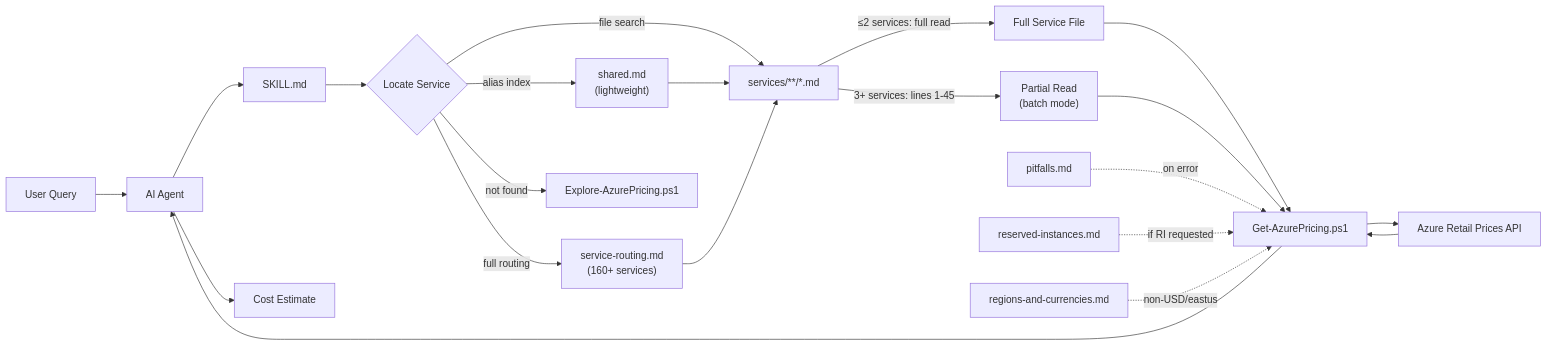
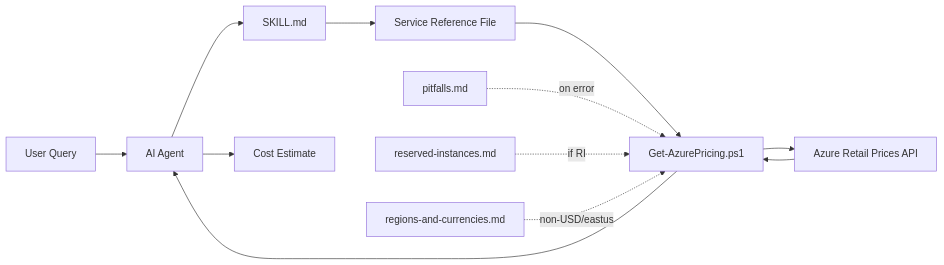
One commit to ahmadabdalla/azure-cost-calculator changed the diagram in README.md. Above: the diagram before and after it, drawn with Mermaid. The commit also changed other lines of this file and 3 other files, not shown here.

````diff
--- a/README.md
+++ b/README.md
@@ -104,24 +33,15 @@
 ```mermaid
 flowchart LR
     A[User Query] --> B[AI Agent]
     B --> C[SKILL.md]
-    C --> D{Locate Service}
-    D -->|file search| E["services/**/*.md"]
-    D -->|alias index| S["shared.md\n(lightweight)"]
-    D -->|full routing| R["service-routing.md\n(160+ services)"]
-    D -->|not found| F[Explore-AzurePricing.ps1]
-    S --> E
-    R --> E
-    E -->|"≤2 services: full read"| G1["Full Service File"]
-    E -->|"3+ services: lines 1-45"| G2["Partial Read\n(batch mode)"]
-    G1 --> H[Get-AzurePricing.ps1]
-    G2 --> H
-    H --> I[Azure Retail Prices API]
-    I --> H
-    H --> B
-    B --> J[Cost Estimate]
+    C --> D[Service Reference File]
+    D --> E[Get-AzurePricing.ps1]
+    E --> F[Azure Retail Prices API]
+    F --> E
+    E --> B
+    B --> G[Cost Estimate]
 
-    P["pitfalls.md"] -.->|on error| H
-    RI["reserved-instances.md"] -.->|if RI requested| H
-    RG["regions-and-currencies.md"] -.->|non-USD/eastus| H
+    P[pitfalls.md] -.->|on error| E
+    RI[reserved-instances.md] -.->|if RI| E
+    RG[regions-and-currencies.md] -.->|non-USD/eastus| E
 ```
````
